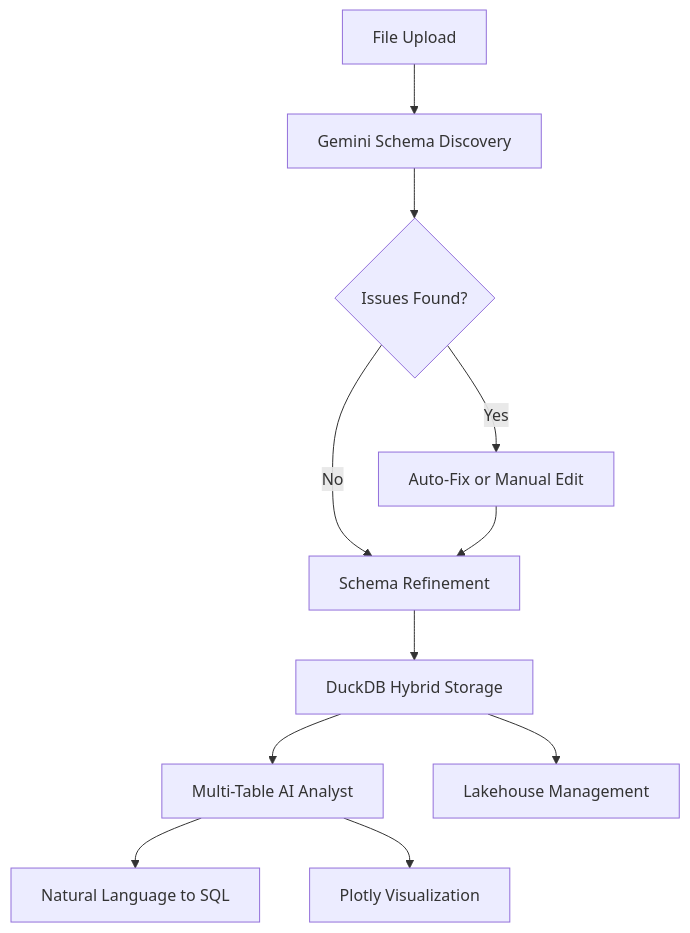
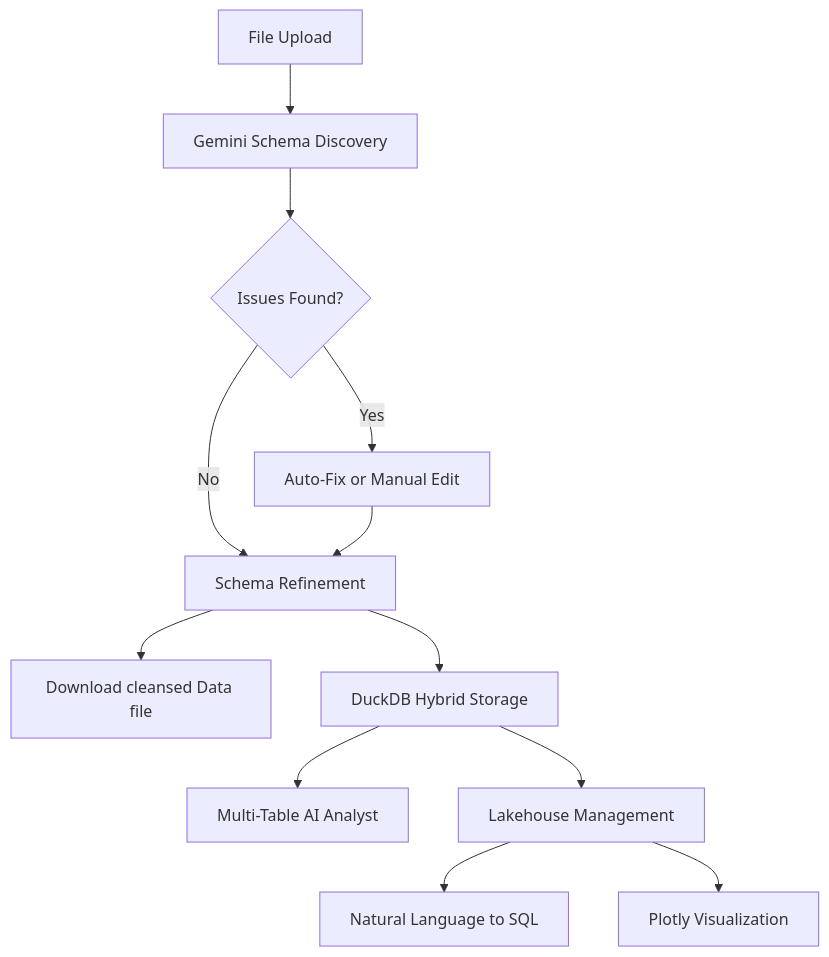
Before and after one commit to MaruthiPavanSurya/intelligent_data_lakehouse_project: the diagram in README.md, drawn with Mermaid.

````diff
--- a/README.md
+++ b/README.md
@@ -41,13 +41,14 @@
 ```mermaid
 graph TD
     A[File Upload] --> B[Gemini Schema Discovery]
     B --> C{Issues Found?}
     C -->|Yes| D[Auto-Fix or Manual Edit]
     C -->|No| E[Schema Refinement]
     D --> E
-    E --> F[DuckDB Hybrid Storage]
-    F --> G[Multi-Table AI Analyst]
-    F --> H[Lakehouse Management]
-    G --> I[Natural Language to SQL]
-    G --> J[Plotly Visualization]
+    E --> F[Download cleansed Data file]
+    E --> G[DuckDB Hybrid Storage]
+    G --> H[Multi-Table AI Analyst]
+    G --> I[Lakehouse Management]
+    I --> J[Natural Language to SQL]
+    I --> K[Plotly Visualization]
 ```
````
